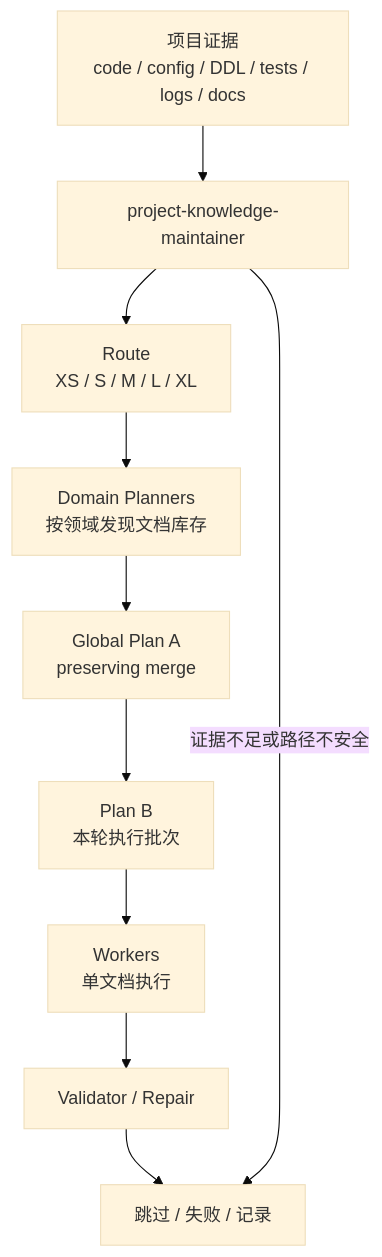
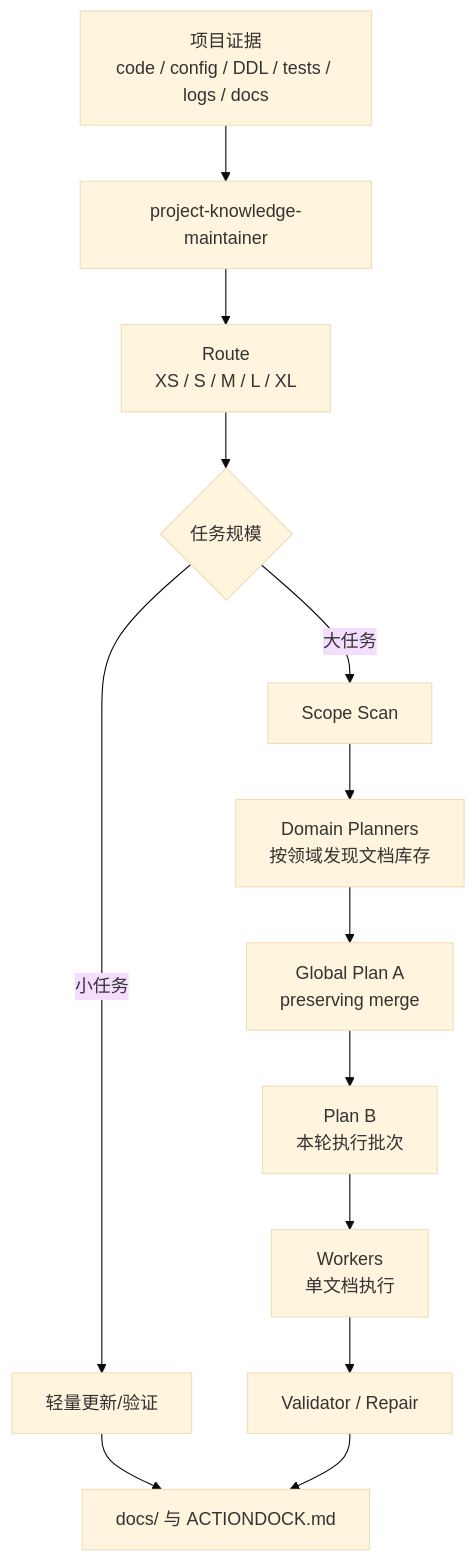
One commit to team4u/actiondock changed the first of 2 diagrams in docs/project-knowledge.md. Above: the diagram before and after it, drawn with Mermaid (base theme). The commit also changed other lines of this file, not shown here.

````diff
--- a/docs/project-knowledge.md
+++ b/docs/project-knowledge.md
@@ -59,12 +55,15 @@
 ```mermaid
 flowchart TD
   A[项目证据<br/>code / config / DDL / tests / logs / docs] --> B[project-knowledge-maintainer]
   B --> C[Route<br/>XS / S / M / L / XL]
-  C --> D[Domain Planners<br/>按领域发现文档库存]
-  D --> E[Global Plan A<br/>preserving merge]
-  E --> F[Plan B<br/>本轮执行批次]
-  F --> G[Workers<br/>单文档执行]
-  G --> H[Validator / Repair]
-  H --> I[docs/ 与 ACTIONDOCK.md]
-  B -->|证据不足或路径不安全| I[跳过 / 失败 / 记录]
+  C --> D{任务规模}
+  D -->|小任务| E[轻量更新/验证]
+  D -->|大任务| F[Scope Scan]
+  F --> G[Domain Planners<br/>按领域发现文档库存]
+  G --> H[Global Plan A<br/>preserving merge]
+  H --> I[Plan B<br/>本轮执行批次]
+  I --> J[Workers<br/>单文档执行]
+  J --> K[Validator / Repair]
+  E --> L[docs/ 与 ACTIONDOCK.md]
+  K --> L
 ```
````
